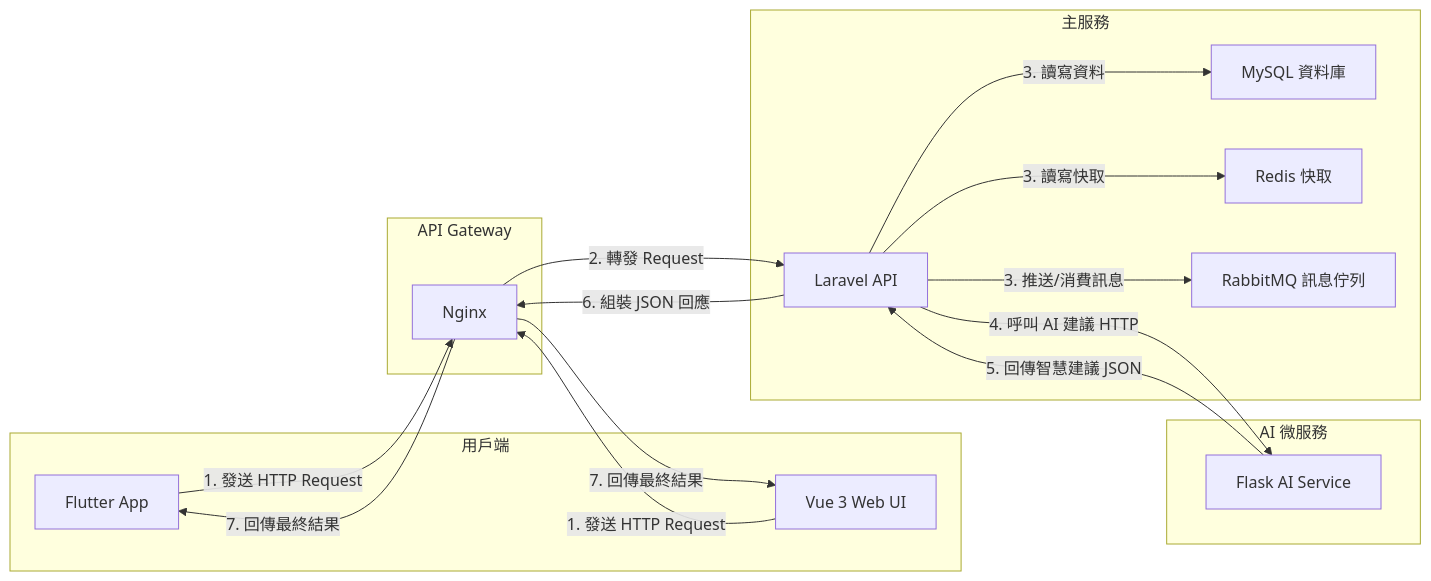
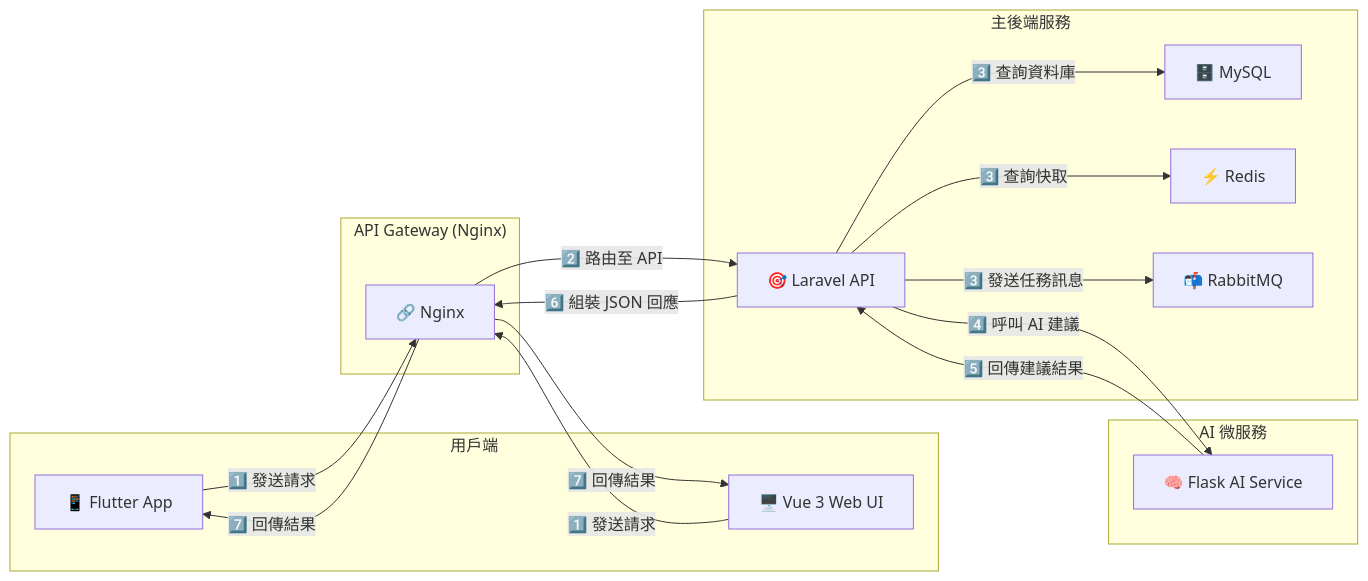
Before and after one commit to BpsEason/petcarehub: the diagram in README.md, drawn with Mermaid.

````diff
--- a/README.md
+++ b/README.md
@@ -44,36 +44,44 @@
 ```mermaid
 flowchart LR
-    %% Subgraph ID 使用 ASCII，方括號中顯示中文名稱
-    subgraph clients ["用戶端"]
-        A1["Flutter App"]
-        A2["Vue 3 Web UI"]
+    %% 用戶端
+    subgraph CLIENTS ["用戶端"]
+        A1["📱 Flutter App"]
+        A2["🖥️ Vue 3 Web UI"]
     end
 
-    subgraph gateway ["API Gateway"]
-        B["Nginx"]
+    %% API Gateway
+    subgraph GATEWAY ["API Gateway (Nginx)"]
+        B["🔗 Nginx"]
     end
 
-    subgraph main ["主服務"]
-        C["Laravel API"]
-        D["MySQL 資料庫"]
-        E["Redis 快取"]
-        F["RabbitMQ 訊息佇列"]
+    %% 主後端服務
+    subgraph BACKEND ["主後端服務"]
+        C["🎯 Laravel API"]
+        D["🗄️ MySQL"]
+        E["⚡ Redis"]
+        F["📬 RabbitMQ"]
     end
 
-    subgraph ai ["AI 微服務"]
-        G["Flask AI Service"]
+    %% AI 微服務
+    subgraph AI_SERVICE ["AI 微服務"]
+        G["🧠 Flask AI Service"]
     end
 
-    A1 -->|1. 發送 HTTP Request| B
-    A2 -->|1. 發送 HTTP Request| B
-    B -->|2. 轉發 Request| C
-    C -->|3. 讀寫資料| D
-    C -->|3. 讀寫快取| E
-    C -->|3. 推送/消費訊息| F
-    C -->|4. 呼叫 AI 建議 HTTP| G
-    G -->|5. 回傳智慧建議 JSON| C
-    C -->|6. 組裝 JSON 回應| B
-    B -->|7. 回傳最終結果| A1
-    B -->|7. 回傳最終結果| A2
+    %% 資料流
+    A1 -->|1️⃣ 發送請求| B
+    A2 -->|1️⃣ 發送請求| B
+    B -->|2️⃣ 路由至 API| C
+
+    C -->|3️⃣ 查詢資料庫| D
+    C -->|3️⃣ 查詢快取| E
+    C -->|3️⃣ 發送任務訊息| F
+
+    C -->|4️⃣ 呼叫 AI 建議| G
+    G -->|5️⃣ 回傳建議結果| C
+
+    C -->|6️⃣ 組裝 JSON 回應| B
+    B -->|7️⃣ 回傳結果| A1
+    B -->|7️⃣ 回傳結果| A2
+
 
 ```
````
